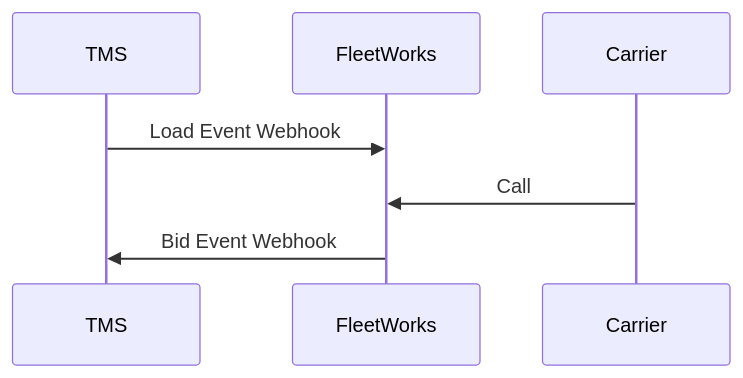
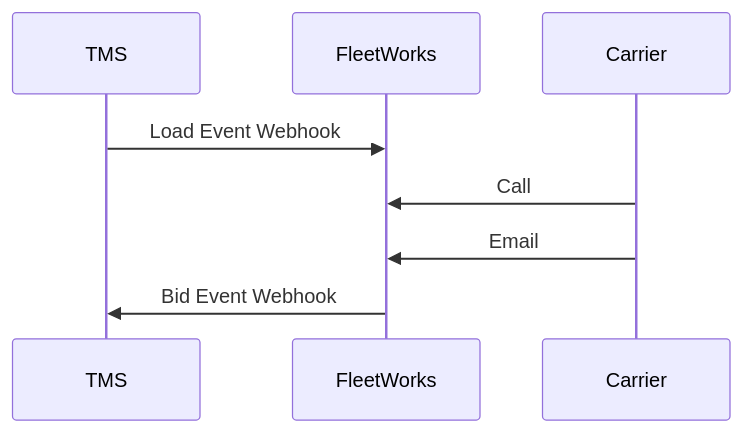
The diagram in introduction.mdx (dquang-tran/docs), drawn with Mermaid before and after one commit. The commit also changed other lines of this file, not shown here.

````diff
--- a/introduction.mdx
+++ b/introduction.mdx
@@ -9,9 +9,10 @@
 ```mermaid
 sequenceDiagram
     participant TMS
     participant FleetWorks
     participant Carrier
     TMS->>FleetWorks: Load Event Webhook
     Carrier->>FleetWorks: Call
+    Carrier->>FleetWorks: Email
     FleetWorks->>TMS: Bid Event Webhook
 ```
````
